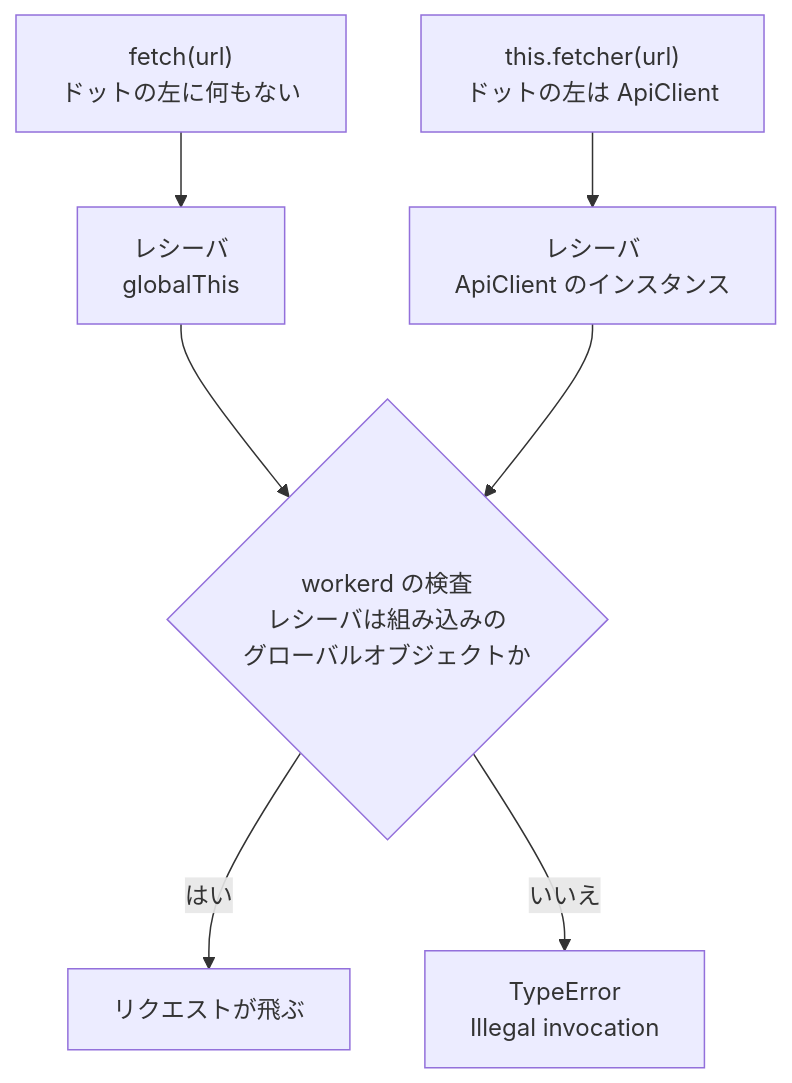
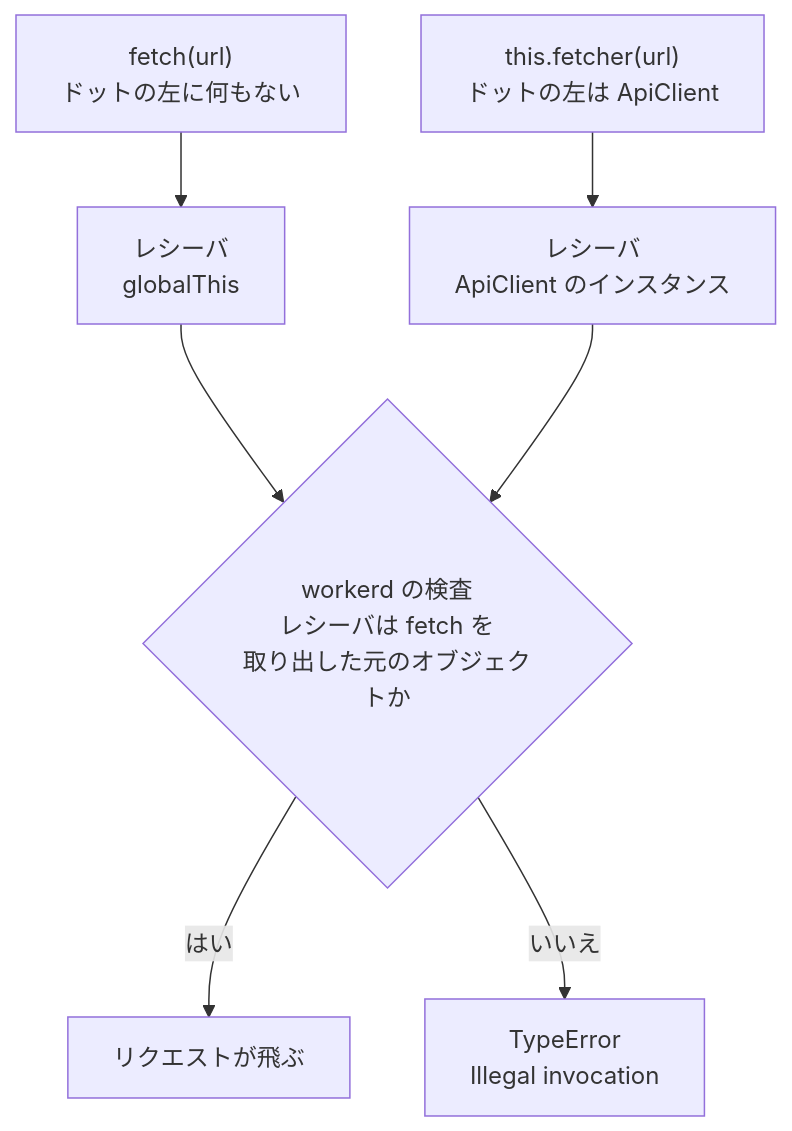
One commit to Suntory-Y-Water/sui-blog changed the diagram in contents/blog/2026-09-06_cloudflare-workers-fetch-illegal-invocation.md. Above: the diagram before and after it, drawn with Mermaid. The commit also changed other lines of this file, not shown here.

````diff
--- a/contents/blog/2026-09-06_cloudflare-workers-fetch-illegal-invocation.md
+++ b/contents/blog/2026-09-06_cloudflare-workers-fetch-illegal-invocation.md
@@ -125,9 +126,9 @@
 ```mermaid
 flowchart TB
     Direct["fetch(url)<br/>ドットの左に何もない"] --> R1["レシーバ<br/>globalThis"]
     Field["this.fetcher(url)<br/>ドットの左は ApiClient"] --> R2["レシーバ<br/>ApiClient のインスタンス"]
-    R1 --> Check{"workerd の検査<br/>レシーバは組み込みの<br/>グローバルオブジェクトか"}
+    R1 --> Check{"workerd の検査<br/>レシーバは fetch を<br/>取り出した元のオブジェクトか"}
     R2 --> Check
     Check -->|はい| OK["リクエストが飛ぶ"]
     Check -->|いいえ| NG["TypeError<br/>Illegal invocation"]
 ```
````
